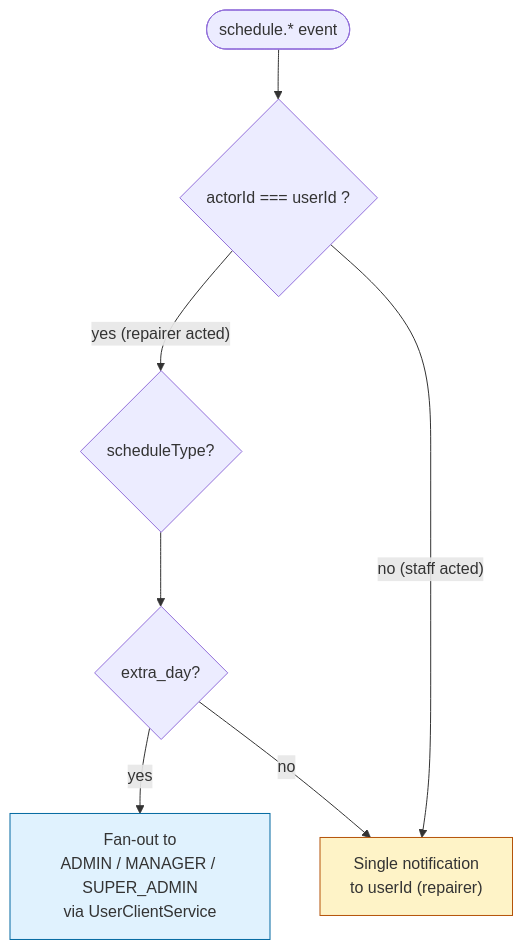
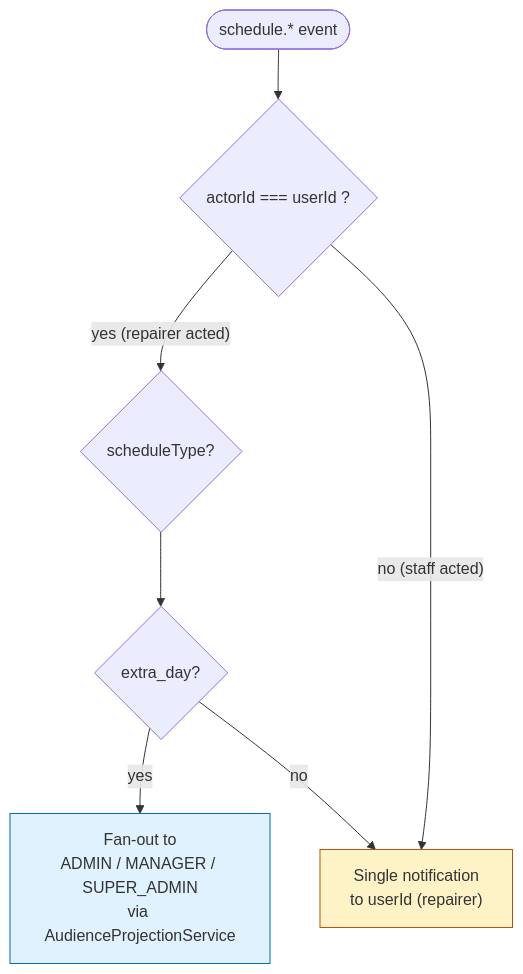
The eighth of 21 diagrams in apps/notification-service/README.md (yolona-oss/asko-rsw), drawn with Mermaid before and after one commit. The commit also changed other lines of this file and 37 other files, not shown here.

````diff
--- a/apps/notification-service/README.md
+++ b/apps/notification-service/README.md
@@ -473,20 +511,20 @@
 ```mermaid
 flowchart TD
     Start(["schedule.* event"])
     Actor{actorId === userId ?}
     Type{scheduleType?}
     Extra{extra_day?}
-    StaffNotif["Fan-out to<br/>ADMIN / MANAGER / SUPER_ADMIN<br/>via UserClientService"]
+    StaffNotif["Fan-out to<br/>ADMIN / MANAGER / SUPER_ADMIN<br/>via AudienceProjectionService"]
     UserNotif["Single notification<br/>to userId (repairer)"]
 
     Start --> Actor
     Actor -- yes (repairer acted) --> Type
     Actor -- no (staff acted) --> UserNotif
 
     Type --> Extra
     Extra -- yes --> StaffNotif
     Extra -- no --> UserNotif
 
     style StaffNotif fill:#e0f2fe,stroke:#0369a1
     style UserNotif fill:#fef3c7,stroke:#b45309
 ```
````
